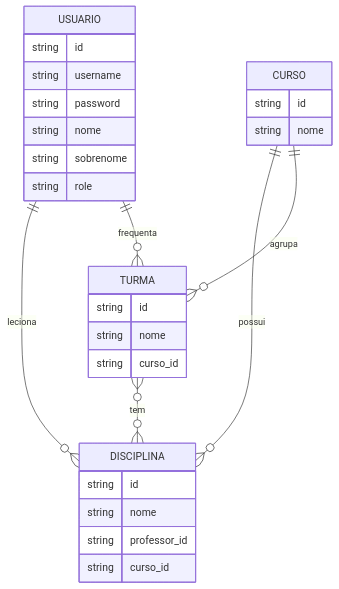
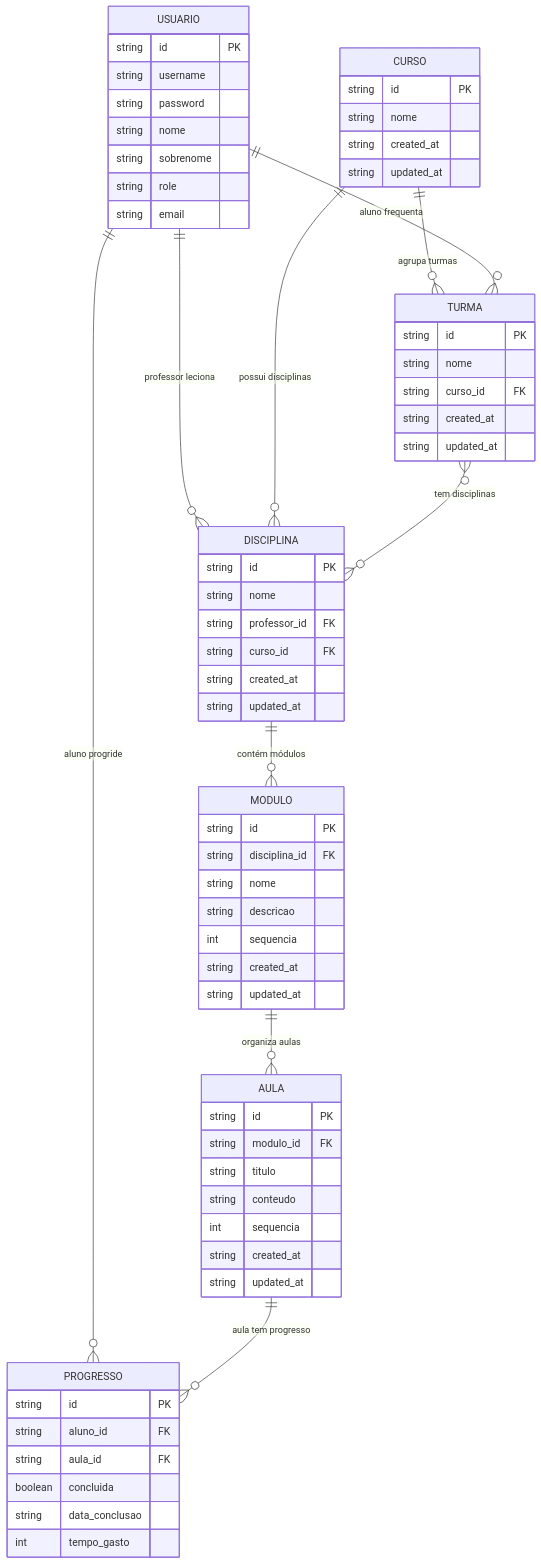
One commit to gbr-mendes/pim-unip changed the third of 8 diagrams in docs/sistema-educacional.md. Above: the diagram before and after it, drawn with Mermaid. The commit also changed other lines of this file and 21 other files, not shown here.

````diff
--- a/docs/sistema-educacional.md
+++ b/docs/sistema-educacional.md
@@ -83,35 +116,75 @@
 ```mermaid
 erDiagram
   USUARIO {
-    string id
+    string id PK
     string username
     string password
     string nome
     string sobrenome
     string role
+    string email
   }
 
   CURSO {
-    string id
+    string id PK
     string nome
+    string created_at
+    string updated_at
   }
 
   DISCIPLINA {
-    string id
+    string id PK
     string nome
-    string professor_id
-    string curso_id
+    string professor_id FK
+    string curso_id FK
+    string created_at
+    string updated_at
   }
 
   TURMA {
-    string id
+    string id PK
     string nome
-    string curso_id
+    string curso_id FK
+    string created_at
+    string updated_at
   }
 
-  USUARIO ||--o{ DISCIPLINA : leciona
-  CURSO ||--o{ DISCIPLINA : "possui"
-  CURSO ||--o{ TURMA : "agrupa"
-  USUARIO ||--o{ TURMA : frequenta
-  TURMA }o--o{ DISCIPLINA : tem
+  MODULO {
+    string id PK
+    string disciplina_id FK
+    string nome
+    string descricao
+    int sequencia
+    string created_at
+    string updated_at
+  }
+
+  AULA {
+    string id PK
+    string modulo_id FK
+    string titulo
+    string conteudo
+    int sequencia
+    string created_at
+    string updated_at
+  }
+
+  PROGRESSO {
+    string id PK
+    string aluno_id FK
+    string aula_id FK
+    boolean concluida
+    string data_conclusao
+    int tempo_gasto
+  }
+
+  USUARIO ||--o{ DISCIPLINA : "professor leciona"
+  CURSO ||--o{ DISCIPLINA : "possui disciplinas"
+  CURSO ||--o{ TURMA : "agrupa turmas"
+  USUARIO ||--o{ TURMA : "aluno frequenta"
+  TURMA }o--o{ DISCIPLINA : "tem disciplinas"
+  DISCIPLINA ||--o{ MODULO : "contém módulos"
+  MODULO ||--o{ AULA : "organiza aulas"
+  USUARIO ||--o{ PROGRESSO : "aluno progride"
+  AULA ||--o{ PROGRESSO : "aula tem progresso"
 ```
````
